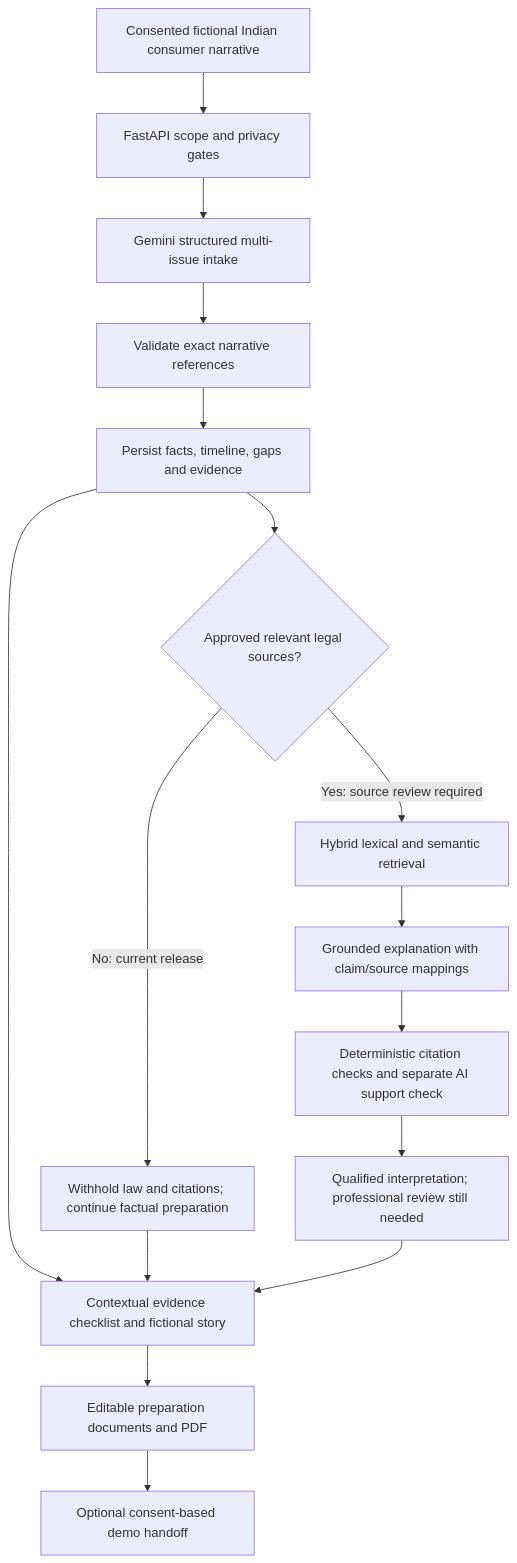
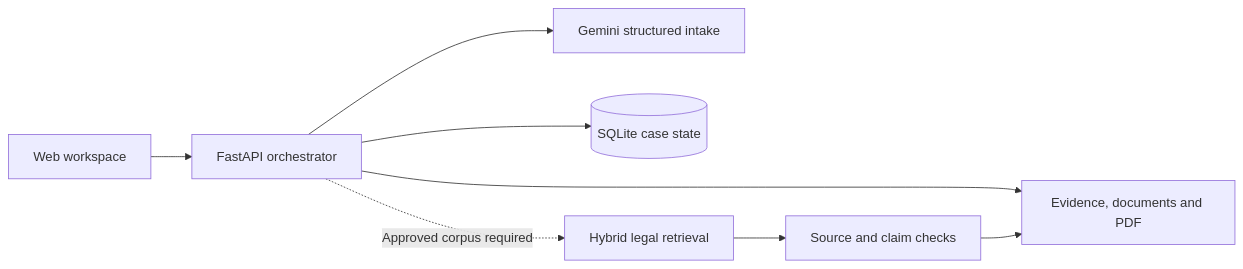
One commit to itsZaid05/NYAYSAATHI-2.0 changed the diagram in README.md. Above: the diagram before and after it, drawn with Mermaid. The commit also changed other lines of this file and 2 other files, not shown here.

Commit message:
Reorganize README around demo, setup and product status

````diff
--- a/README.md
+++ b/README.md
@@ -31,18 +114,10 @@
 ```mermaid
-flowchart TD
-    A[Consented fictional Indian consumer narrative] --> B[FastAPI scope and privacy gates]
-    B --> C[Gemini structured multi-issue intake]
-    C --> D[Validate exact narrative references]
-    D --> E[Persist facts, timeline, gaps and evidence]
-    E --> F{Approved relevant legal sources?}
-    F -->|No: current release| G["Withhold law and citations; continue factual preparation"]
-    F -->|Yes: source review required| H[Hybrid lexical and semantic retrieval]
-    H --> I[Grounded explanation with claim/source mappings]
-    I --> J[Deterministic citation checks and separate AI support check]
-    J --> K["Qualified interpretation; professional review still needed"]
-    E --> L[Contextual evidence checklist and fictional story]
-    G --> L
-    K --> L
-    L --> M[Editable preparation documents and PDF]
-    M --> N[Optional consent-based demo handoff]
+flowchart LR
+    UI[Web workspace] --> API[FastAPI orchestrator]
+    API --> AI[Gemini structured intake]
+    API --> STATE[(SQLite case state)]
+    API --> DOCS[Evidence, documents and PDF]
+    API -. Approved corpus required .-> RAG[Hybrid legal retrieval]
+    RAG --> CHECK[Source and claim checks]
+    CHECK --> DOCS
 ```
````
